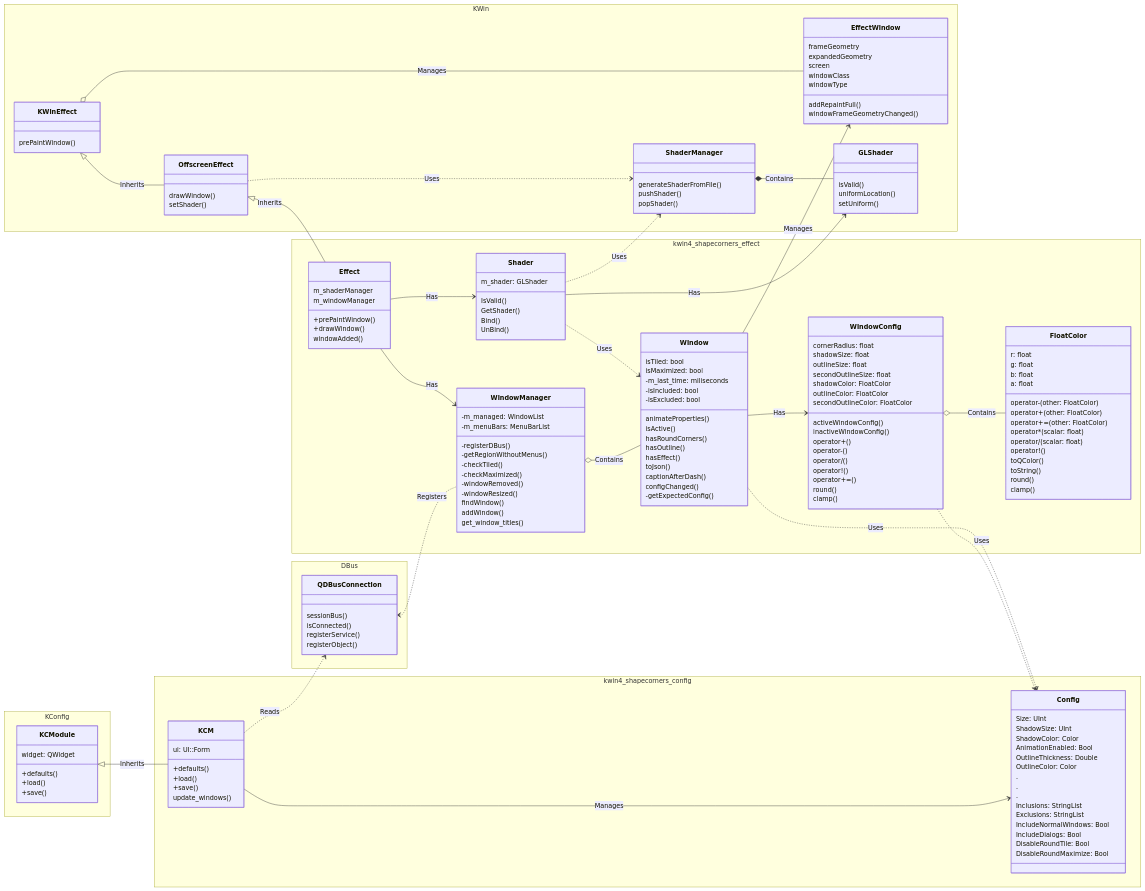
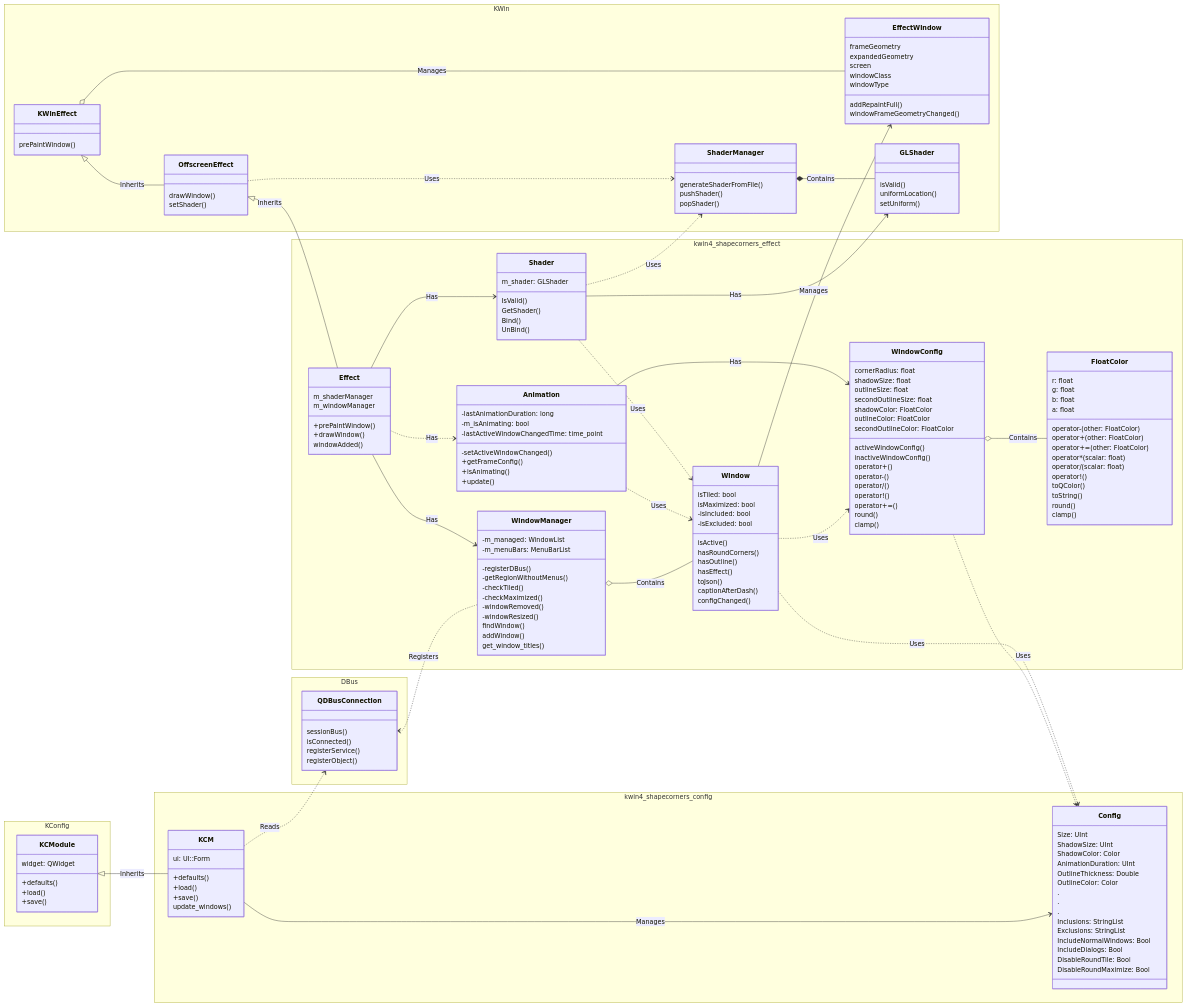
Before and after one commit to matinlotfali/KDE-Rounded-Corners: the diagram in ClassDiagram.md, drawn with Mermaid. The commit also changed 23 other files, not shown here.

Commit message:
Add Animation class with animation duration config (#400)

```diff
--- a/ClassDiagram.md
+++ b/ClassDiagram.md
@@ -63,6 +63,16 @@
             windowAdded()
         }
         
+        class Animation {
+            -lastAnimationDuration: long
+            -m_isAnimating: bool
+            -lastActiveWindowChangedTime: time_point
+            -setActiveWindowChanged()
+            +getFrameConfig()
+            +isAnimating()
+            +update()
+        }
+        
         class WindowManager {
             -m_managed: WindowList
             -m_menuBars: MenuBarList
@@ -99,10 +109,8 @@
         class Window {
             isTiled: bool
             isMaximized: bool
-            -m_last_time: miliseconds
             -isIncluded: bool
             -isExcluded: bool
-            animateProperties()
             isActive()
             hasRoundCorners()
             hasOutline()
@@ -110,7 +118,6 @@
             toJson()
             captionAfterDash()
             configChanged()
-            -getExpectedConfig()
         }
         
         class Shader {
@@ -152,7 +159,7 @@
             Size: UInt
             ShadowSize: UInt
             ShadowColor: Color
-            AnimationEnabled: Bool
+            AnimationDuration: UInt
             OutlineThickness: Double
             OutlineColor: Color
             .
@@ -173,13 +180,16 @@
     OffscreenEffect ..> ShaderManager: Uses
 
     OffscreenEffect <|-- Effect: Inherits
+    Effect ..> Animation: Has
     Effect --> Shader: Has
     Effect --> WindowManager: Has
     Shader --> GLShader: Has
     Shader ..> Window: Uses
     Shader ..> ShaderManager: Uses
-    Window --> WindowConfig: Has
+    Animation --> WindowConfig: Has
+    Animation ..> Window: Uses
     Window --> EffectWindow: Manages
+    Window ..> WindowConfig: Uses
     Window ..> Config: Uses
     WindowConfig o-- FloatColor: Contains
     WindowConfig ..> Config: Uses
```
